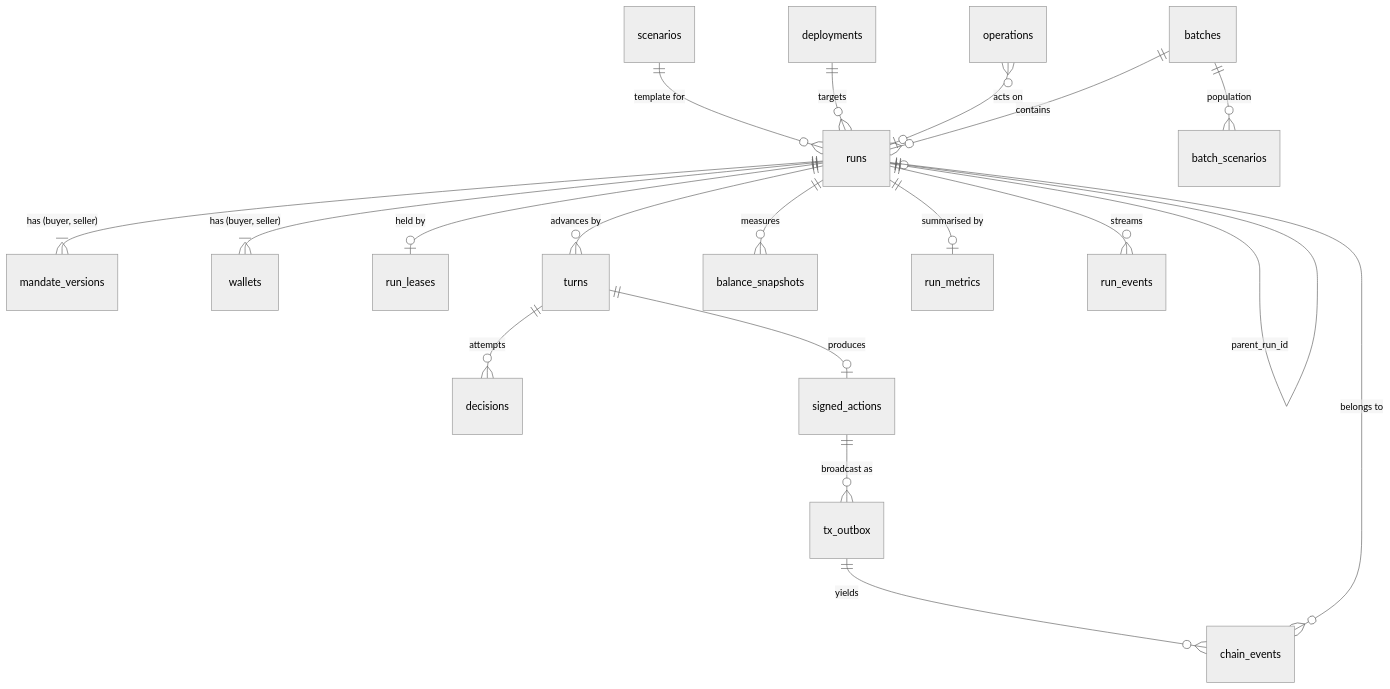
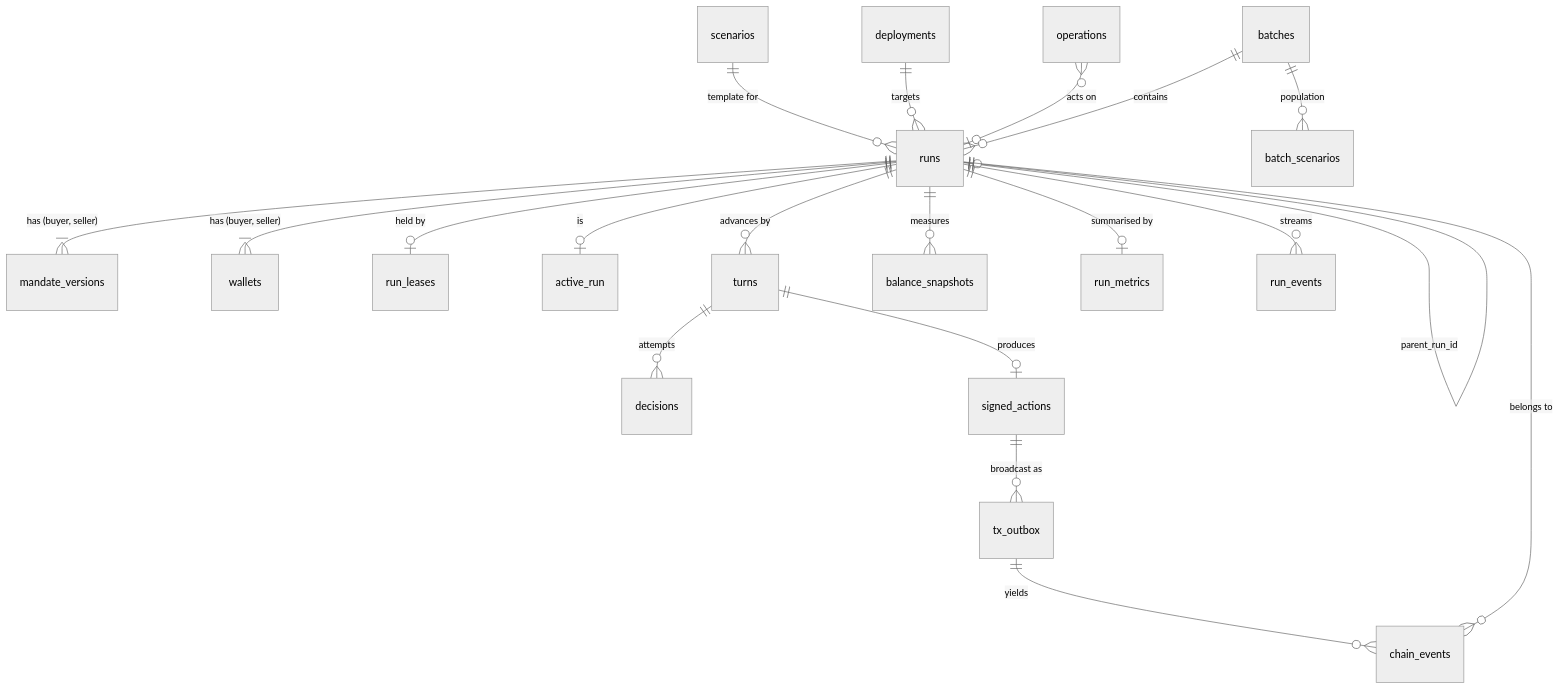
The diagram in docs/data_model.md (Jason-Dorman/agentic_negotiators_sbx), drawn with Mermaid (neutral theme) before and after one commit. The commit also changed other lines of this file and 64 other files, not shown here.

````diff
--- a/docs/data_model.md
+++ b/docs/data_model.md
@@ -24,21 +24,22 @@
 ```mermaid
 erDiagram
     scenarios ||--o{ runs : "template for"
     deployments ||--o{ runs : "targets"
     runs ||--o| runs : "parent_run_id"
     runs ||--|{ mandate_versions : "has (buyer, seller)"
     runs ||--|{ wallets : "has (buyer, seller)"
     runs ||--o| run_leases : "held by"
+    runs ||--o| active_run : "is"
     runs ||--o{ turns : "advances by"
     turns ||--o{ decisions : "attempts"
     turns ||--o| signed_actions : "produces"
     signed_actions ||--o{ tx_outbox : "broadcast as"
     tx_outbox ||--o{ chain_events : "yields"
     runs ||--o{ chain_events : "belongs to"
     runs ||--o{ balance_snapshots : "measures"
     runs ||--o| run_metrics : "summarised by"
     runs ||--o{ run_events : "streams"
     operations }o--o| runs : "acts on"
     batches ||--o{ runs : "contains"
     batches ||--o{ batch_scenarios : "population"
 ```
````
